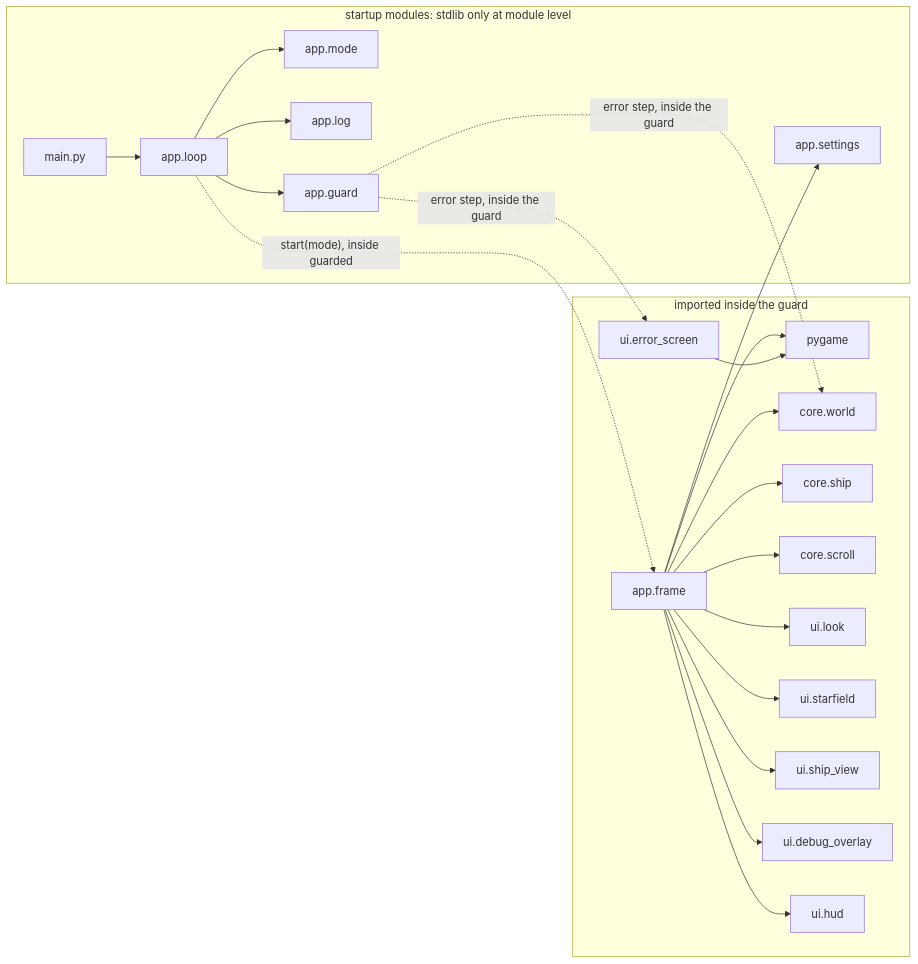
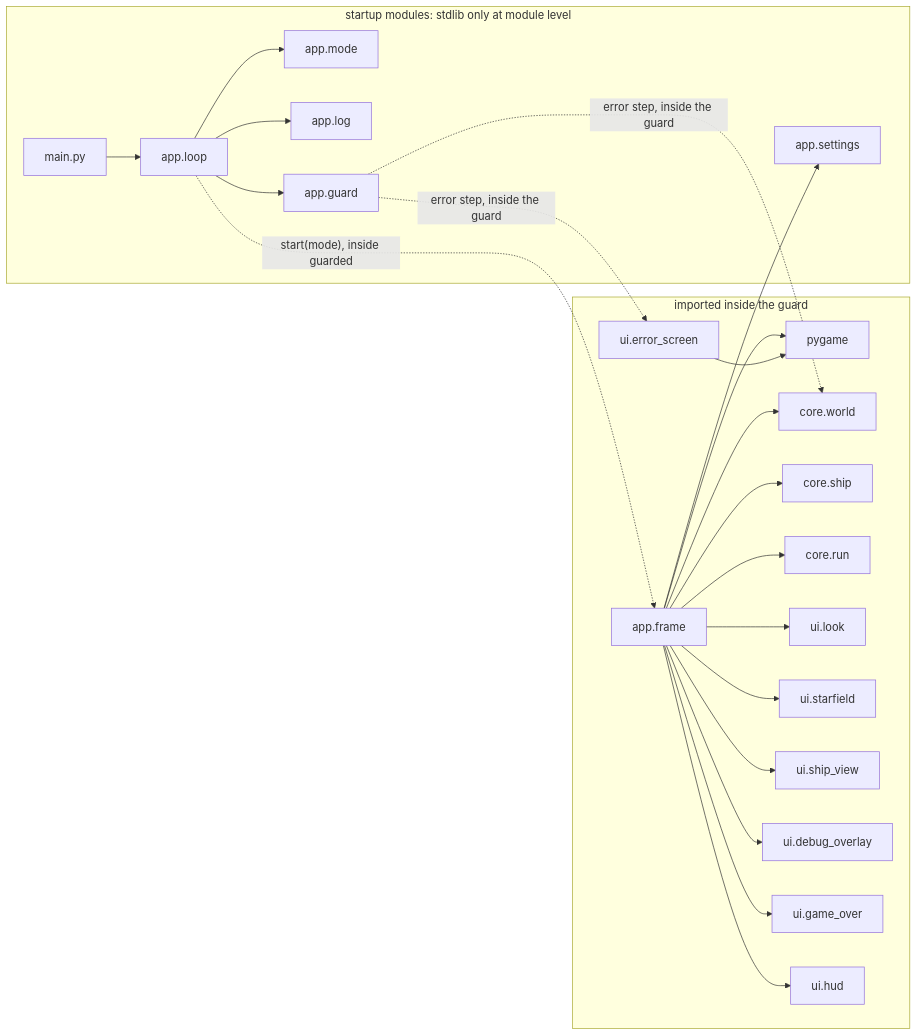
The second of 3 diagrams in docs/contracts/systems/app.md (david-mntl/driftward-ace), drawn with Mermaid before and after one commit. The commit also changed other lines of this file and 11 other files, not shown here.

````diff
--- a/docs/contracts/systems/app.md
+++ b/docs/contracts/systems/app.md
@@ -45,26 +48,27 @@
 ```mermaid
 flowchart LR
   subgraph startup["startup modules: stdlib only at module level"]
     MA["main.py"] --> LO["app.loop"]
     LO --> MO["app.mode"]
     LO --> LG["app.log"]
     LO --> GU["app.guard"]
     ST["app.settings"]
   end
   subgraph guarded["imported inside the guard"]
     FR["app.frame"] --> PG["pygame"]
     FR --> CW["core.world"]
     FR --> CS["core.ship"]
-    FR --> CC["core.scroll"]
+    FR --> CR["core.run"]
     FR --> UL["ui.look"]
     FR --> SF["ui.starfield"]
     FR --> SV["ui.ship_view"]
     FR --> DO["ui.debug_overlay"]
+    FR --> GO["ui.game_over"]
     FR --> HU["ui.hud"]
     ES["ui.error_screen"] --> PG
   end
   LO -. "start(mode), inside guarded" .-> FR
   GU -. "error step, inside the guard" .-> ES
   GU -. "error step, inside the guard" .-> CW
   FR --> ST
 ```
````
